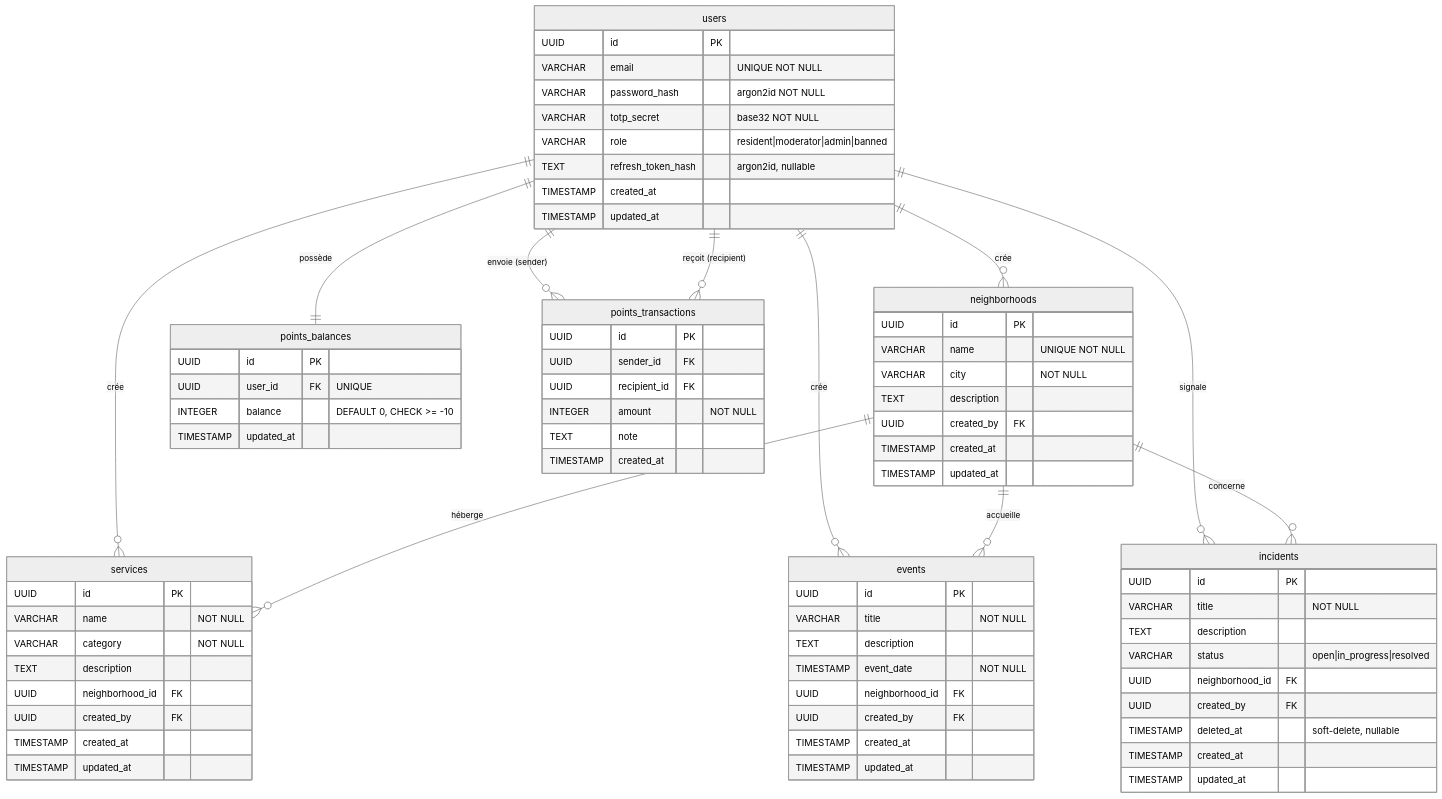
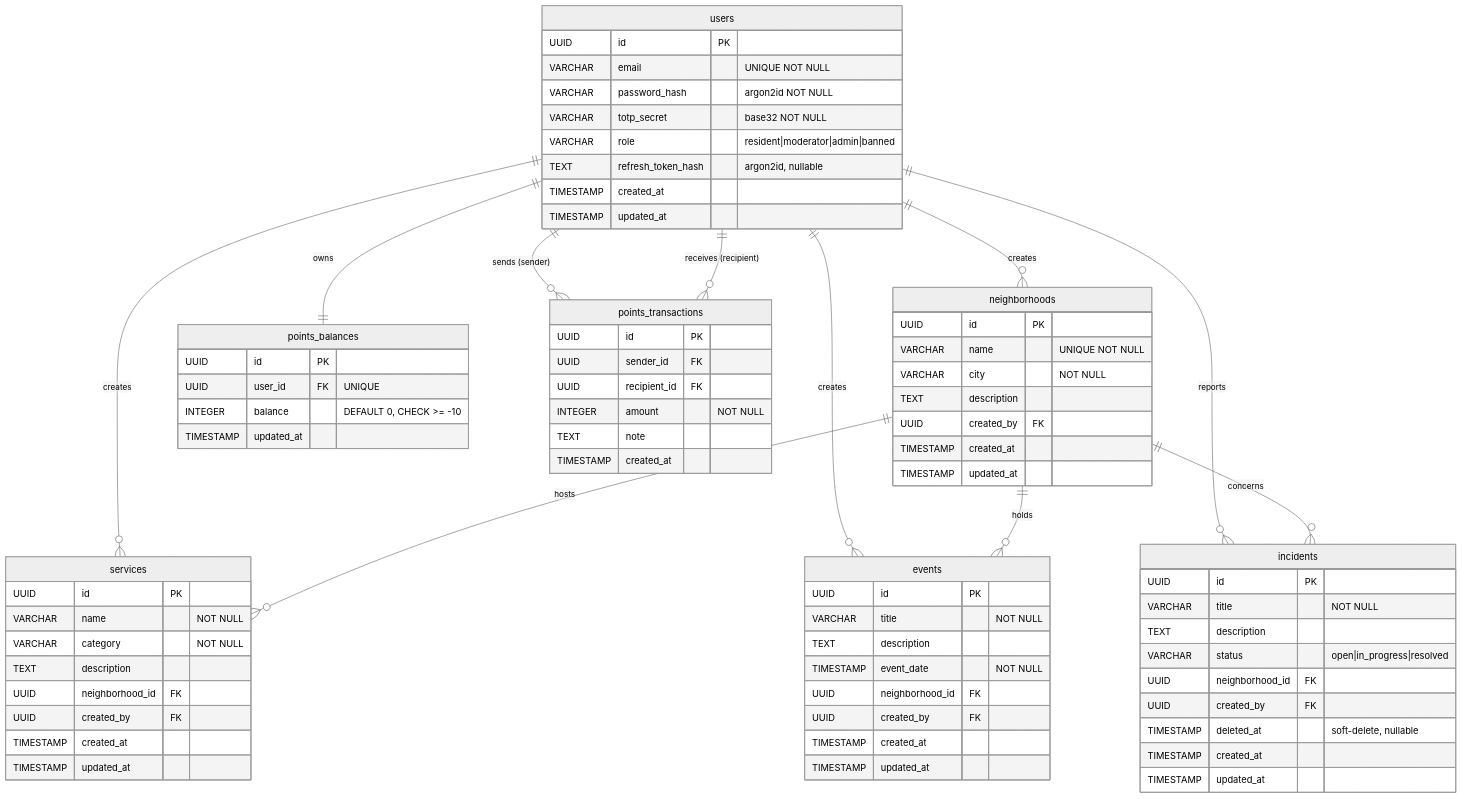
One commit to creibaud/QuartierConnect changed the eighth of 23 diagrams in docs/RAPPORT-ETAPE2.md. Above: the diagram before and after it, drawn with Mermaid (neutral theme). The commit also changed other lines of this file and 155 other files, not shown here.

````diff
--- a/docs/RAPPORT-ETAPE2.md
+++ b/docs/RAPPORT-ETAPE2.md
@@ -395,14 +395,14 @@
         TIMESTAMP created_at
     }
 
-    users         ||--o{ neighborhoods      : "crée"
-    users         ||--o{ services           : "crée"
-    users         ||--o{ events             : "crée"
-    users         ||--o{ incidents          : "signale"
-    users         ||--|| points_balances    : "possède"
-    users         ||--o{ points_transactions : "envoie (sender)"
-    users         ||--o{ points_transactions : "reçoit (recipient)"
-    neighborhoods ||--o{ services           : "héberge"
-    neighborhoods ||--o{ events             : "accueille"
-    neighborhoods ||--o{ incidents          : "concerne"
+    users         ||--o{ neighborhoods      : "creates"
+    users         ||--o{ services           : "creates"
+    users         ||--o{ events             : "creates"
+    users         ||--o{ incidents          : "reports"
+    users         ||--|| points_balances    : "owns"
+    users         ||--o{ points_transactions : "sends (sender)"
+    users         ||--o{ points_transactions : "receives (recipient)"
+    neighborhoods ||--o{ services           : "hosts"
+    neighborhoods ||--o{ events             : "holds"
+    neighborhoods ||--o{ incidents          : "concerns"
 ```
````
